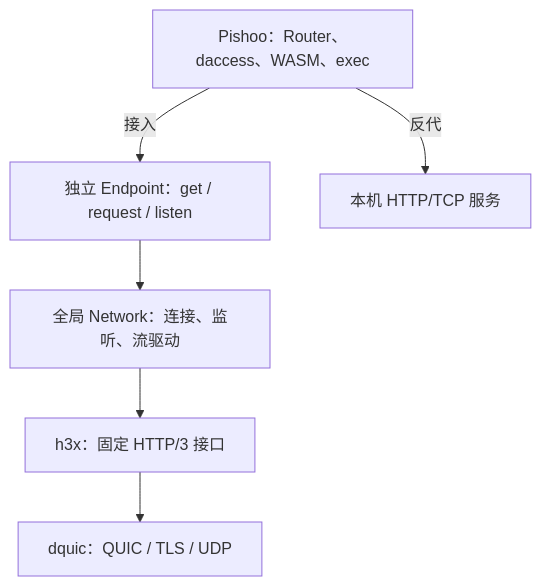
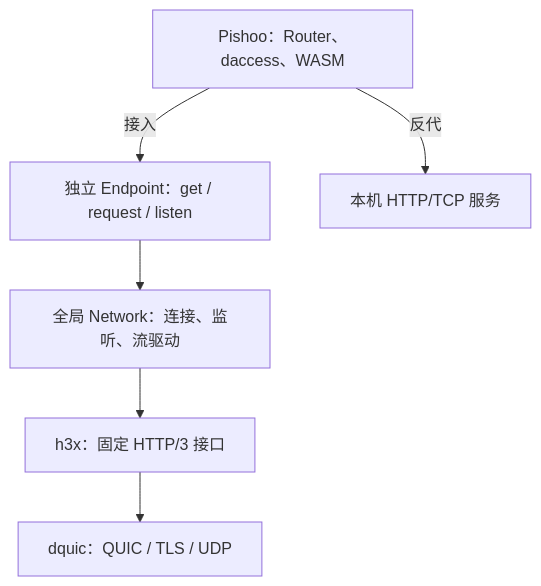
One commit to genmeta/pishoo changed the diagram in design/h3x-dhttp-pishoo-architecture.md. Above: the diagram before and after it, drawn with Mermaid. The commit also changed other lines of this file and 38 other files, not shown here.

````diff
--- a/design/h3x-dhttp-pishoo-architecture.md
+++ b/design/h3x-dhttp-pishoo-architecture.md
@@ -13,14 +13,14 @@
 ```mermaid
 flowchart TB
-    P["Pishoo：Router、daccess、WASM、exec"]
+    P["Pishoo：Router、daccess、WASM"]
     E["独立 Endpoint：get / request / listen"]
     N["全局 Network：连接、监听、流驱动"]
     H["h3x：固定 HTTP/3 接口"]
     Q["dquic：QUIC / TLS / UDP"]
     L["本机 HTTP/TCP 服务"]
     P -->|接入| E
     P -->|反代| L
     E --> N
     N --> H
     H --> Q
 ```
````
